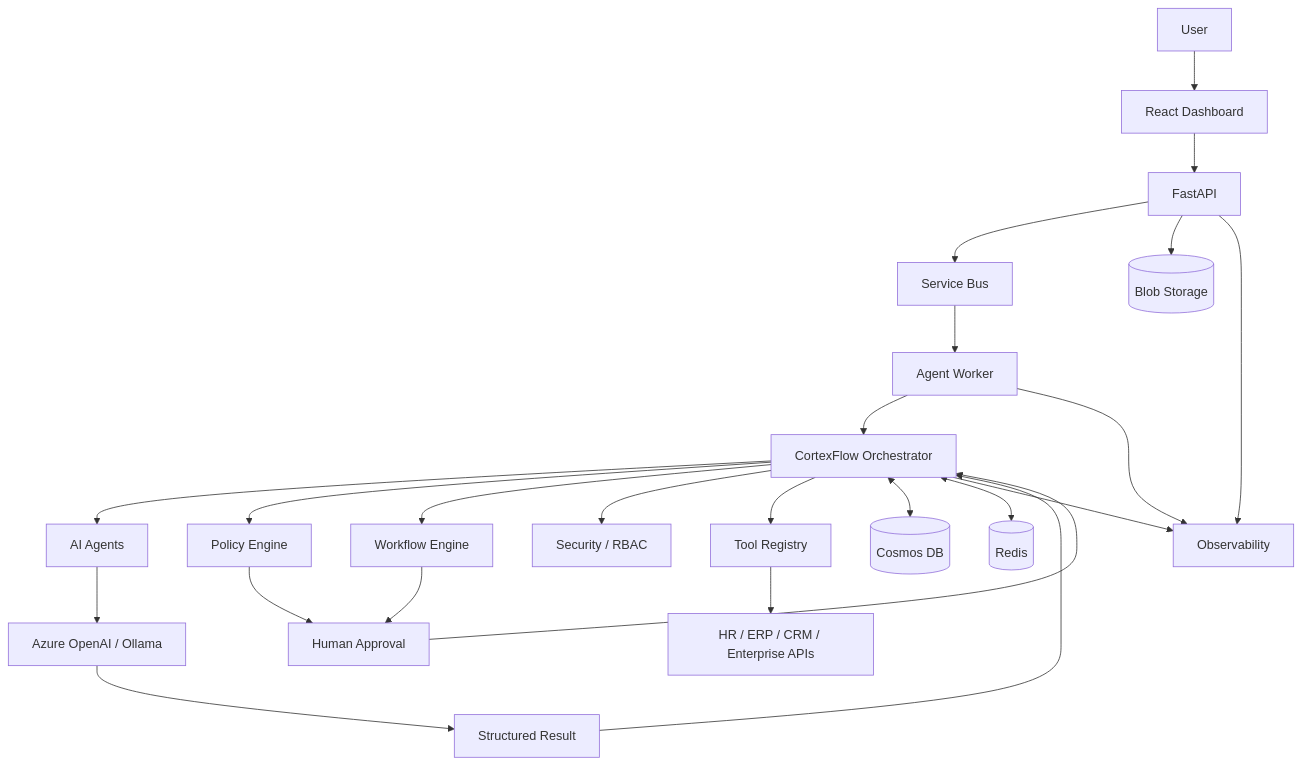
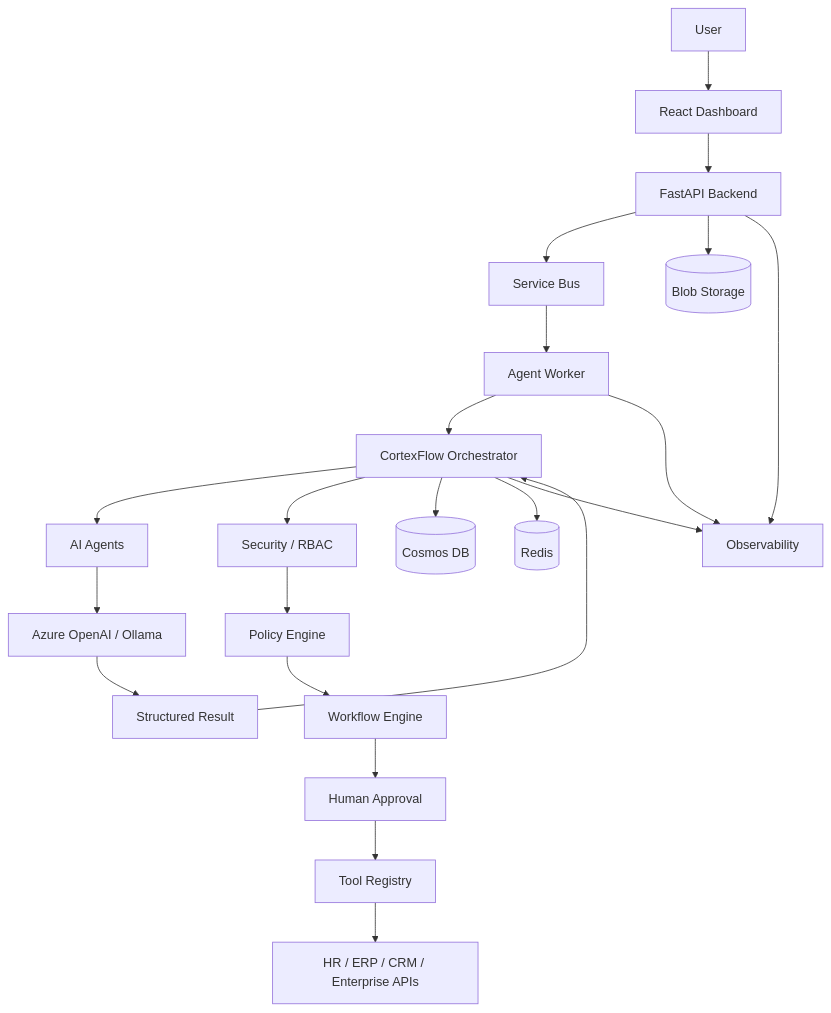
Before and after one commit to simran1devloper/CoretexFlow_Enterprise_agent: the third of 6 diagrams in README.md, drawn with Mermaid.

````diff
--- a/README.md
+++ b/README.md
@@ -96,32 +96,52 @@
 ```mermaid
 flowchart TB
-    USER["User"] --> UI["React Dashboard"]
-    UI --> API["FastAPI"]
-    API --> BUS["Service Bus"]
-    BUS --> WORKER["Agent Worker"]
-    WORKER --> ORCH["CortexFlow Orchestrator"]
+    USER["User"]
+    UI["React Dashboard"]
+    API["FastAPI Backend"]
+    BUS["Service Bus"]
+    WORKER["Agent Worker"]
+    ORCH["CortexFlow Orchestrator"]
 
-    ORCH --> AGENT["AI Agents"]
-    AGENT --> LLM["Azure OpenAI / Ollama"]
-    LLM --> RESULT["Structured Result"]
+    AGENT["AI Agents"]
+    LLM["Azure OpenAI / Ollama"]
+    RESULT["Structured Result"]
+
+    SECURITY["Security / RBAC"]
+    POLICY["Policy Engine"]
+    WORKFLOW["Workflow Engine"]
+    APPROVAL["Human Approval"]
+
+    TOOLS["Tool Registry"]
+    ENTERPRISE["HR / ERP / CRM / Enterprise APIs"]
+
+    COSMOS[("Cosmos DB")]
+    REDIS[("Redis")]
+    BLOB[("Blob Storage")]
+    OBS["Observability"]
+
+    USER --> UI
+    UI --> API
+    API --> BUS
+    BUS --> WORKER
+    WORKER --> ORCH
+
+    ORCH --> AGENT
+    AGENT --> LLM
+    LLM --> RESULT
     RESULT --> ORCH
 
-    ORCH --> POLICY["Policy Engine"]
-    ORCH --> WORKFLOW["Workflow Engine"]
-    ORCH --> SECURITY["Security / RBAC"]
-    ORCH --> TOOLS["Tool Registry"]
+    ORCH --> SECURITY
+    SECURITY --> POLICY
+    POLICY --> WORKFLOW
+    WORKFLOW --> APPROVAL
+    APPROVAL --> TOOLS
+    TOOLS --> ENTERPRISE
 
-    POLICY --> APPROVAL["Human Approval"]
-    WORKFLOW --> APPROVAL
-    APPROVAL --> ORCH
+    ORCH --> COSMOS
+    ORCH --> REDIS
+    API --> BLOB
 
-    TOOLS --> ENTERPRISE["HR / ERP / CRM / Enterprise APIs"]
-
-    ORCH <--> COSMOS[("Cosmos DB")]
-    ORCH <--> REDIS[("Redis")]
-    API --> BLOB[("Blob Storage")]
-
-    API --> OBS["Observability"]
+    API --> OBS
     ORCH --> OBS
     WORKER --> OBS
 ```
````
